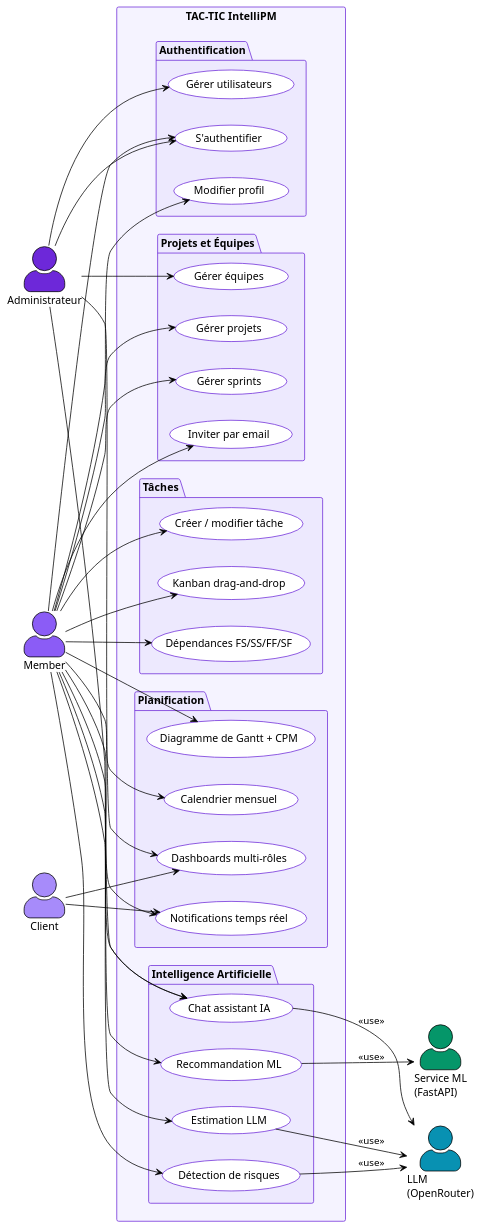
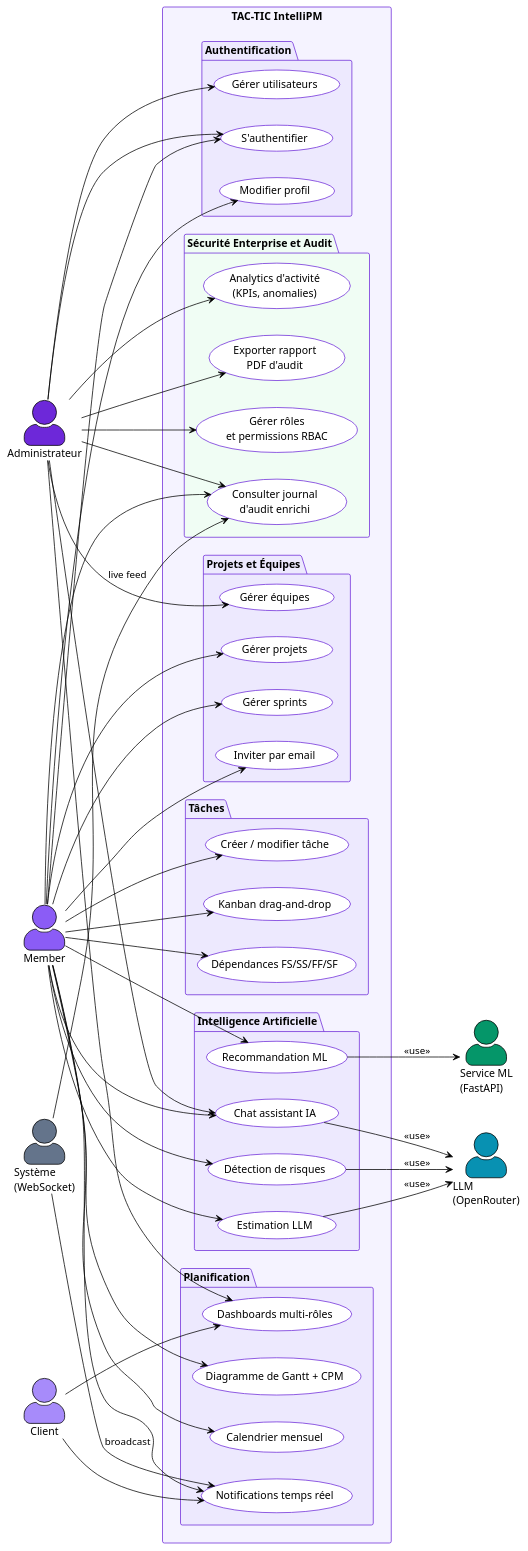
The diagram in diagrams-code/ch2/global_use_case.puml (fatma863/projet), drawn with PlantUML before and after one commit. The commit also changed 199 other files, not shown here.

Commit message:
feat: add Audit Report and Notification Settings pages with analytics and preferences management

```diff
--- a/diagrams-code/ch2/global_use_case.puml
+++ b/diagrams-code/ch2/global_use_case.puml
@@ -1,77 +1,91 @@
 @startuml global_use_case
 !theme plain
 skinparam actorStyle awesome
 skinparam packageBorderColor #6D28D9
 skinparam packageBackgroundColor #F5F3FF
 skinparam usecaseBackgroundColor #FFFFFF
 skinparam usecaseBorderColor #6D28D9
 left to right direction
 
 actor "Administrateur" as Admin #6D28D9
 actor "Member" as Member #8B5CF6
 actor "Client" as Client #A78BFA
 actor "Service ML\n(FastAPI)" as ML #059669
 actor "LLM\n(OpenRouter)" as LLM #0891B2
+actor "Système\n(WebSocket)" as WS #64748B
 
 rectangle "TAC-TIC IntelliPM" {
   package "Authentification" #EDE9FE {
     usecase "S'authentifier" as A1
     usecase "Gérer utilisateurs" as A2
     usecase "Modifier profil" as A3
   }
   package "Projets et Équipes" #EDE9FE {
     usecase "Gérer projets" as P1
     usecase "Gérer sprints" as P2
     usecase "Inviter par email" as P3
     usecase "Gérer équipes" as P4
   }
   package "Tâches" #EDE9FE {
     usecase "Créer / modifier tâche" as T1
     usecase "Kanban drag-and-drop" as T2
     usecase "Dépendances FS/SS/FF/SF" as T3
   }
   package "Planification" #EDE9FE {
     usecase "Diagramme de Gantt + CPM" as V1
     usecase "Calendrier mensuel" as V2
     usecase "Notifications temps réel" as V3
     usecase "Dashboards multi-rôles" as V4
   }
   package "Intelligence Artificielle" #EDE9FE {
     usecase "Recommandation ML" as I1
     usecase "Estimation LLM" as I2
     usecase "Détection de risques" as I3
     usecase "Chat assistant IA" as I4
   }
+  package "Sécurité Enterprise et Audit" #F0FDF4 {
+    usecase "Gérer rôles\net permissions RBAC" as S1
+    usecase "Consulter journal\nd'audit enrichi" as S2
+    usecase "Analytics d'activité\n(KPIs, anomalies)" as S3
+    usecase "Exporter rapport\nPDF d'audit" as S4
+  }
 }
 
 Admin --> A1
 Admin --> A2
 Admin --> P4
 Admin --> V4
 Admin --> I4
+Admin --> S1
+Admin --> S2
+Admin --> S3
+Admin --> S4
 
 Member --> A1
 Member --> A3
 Member --> P1
 Member --> P2
 Member --> P3
 Member --> T1
 Member --> T2
 Member --> T3
 Member --> V1
 Member --> V2
 Member --> V3
 Member --> I1
 Member --> I2
 Member --> I3
 Member --> I4
+Member --> S2
 
 Client --> V3
 Client --> V4
 
 I1 --> ML : <<use>>
 I2 --> LLM : <<use>>
 I3 --> LLM : <<use>>
 I4 --> LLM : <<use>>
+WS --> V3 : broadcast
+WS --> S2 : live feed
 
 @enduml
```
